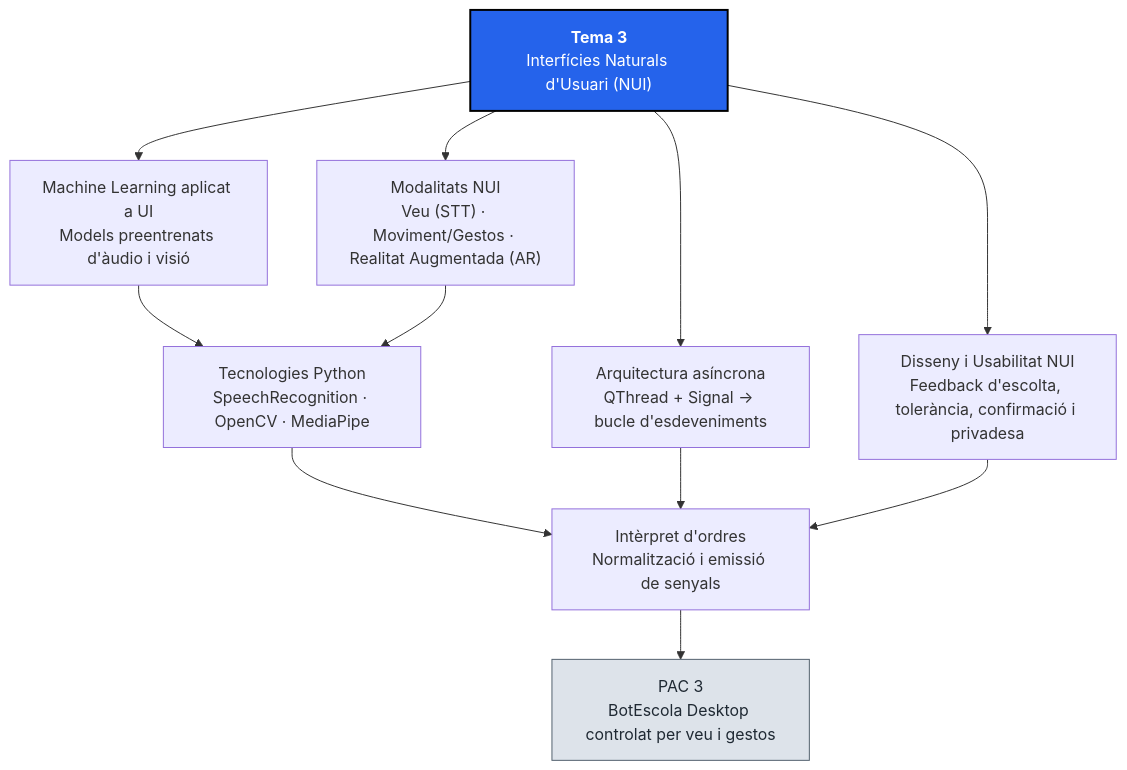
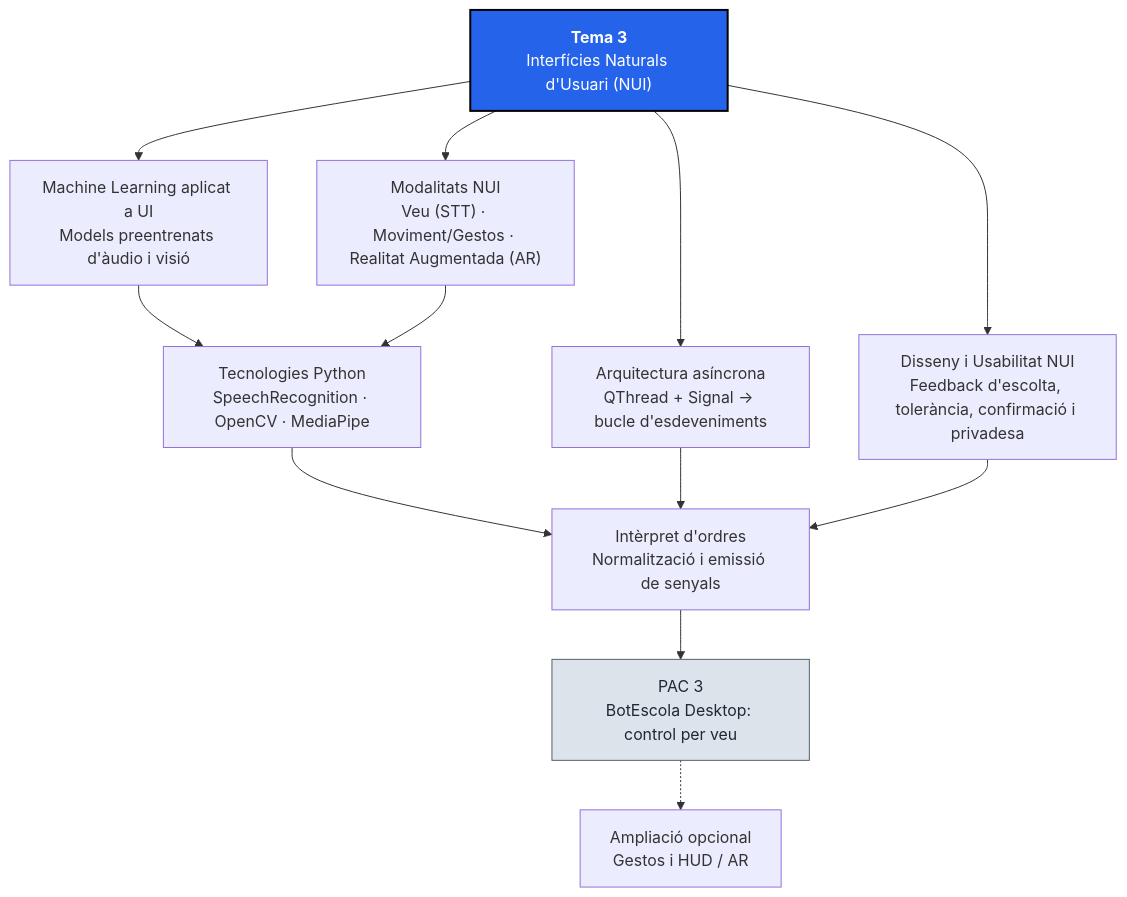
Before and after one commit to dgonzalez55/DAM-0488-Desenvolupament-Interficies: the first of 2 diagrams in tema-3.md, drawn with Mermaid. The commit also changed other lines of this file and 3 other files, not shown here.

````diff
--- a/tema-3.md
+++ b/tema-3.md
@@ -58,22 +58,23 @@
 ```mermaid
 flowchart TD
     T3["<b>Tema 3</b><br/>Interfícies Naturals d'Usuari (NUI)"]
 
     T3 --> ML["Machine Learning aplicat a UI<br/>Models preentrenats d'àudio i visió"]
     T3 --> MOD["Modalitats NUI<br/>Veu (STT) · Moviment/Gestos · Realitat Augmentada (AR)"]
     T3 --> ARQ["Arquitectura asíncrona<br/>QThread + Signal → bucle d'esdeveniments"]
     T3 --> UX["Disseny i Usabilitat NUI<br/>Feedback d'escolta, tolerància, confirmació i privadesa"]
 
     ML --> TECH["Tecnologies Python<br/>SpeechRecognition · OpenCV · MediaPipe"]
     MOD --> TECH
     TECH --> INT["Intèrpret d'ordres<br/>Normalització i emissió de senyals"]
     ARQ --> INT
     UX --> INT
 
-    INT --> PAC["PAC 3<br/>BotEscola Desktop controlat per veu i gestos"]
+    INT --> PAC["PAC 3<br/>BotEscola Desktop: control per veu"]
+    PAC -.-> OPT["Ampliació opcional<br/>Gestos i HUD / AR"]
 
     classDef central fill:#2563EB,color:#FFFFFF,stroke:#000000,stroke-width:2px
     classDef final fill:#DDE3EA,color:#1F2933,stroke:#52606D
     class T3 central
     class PAC final
 ```
````
